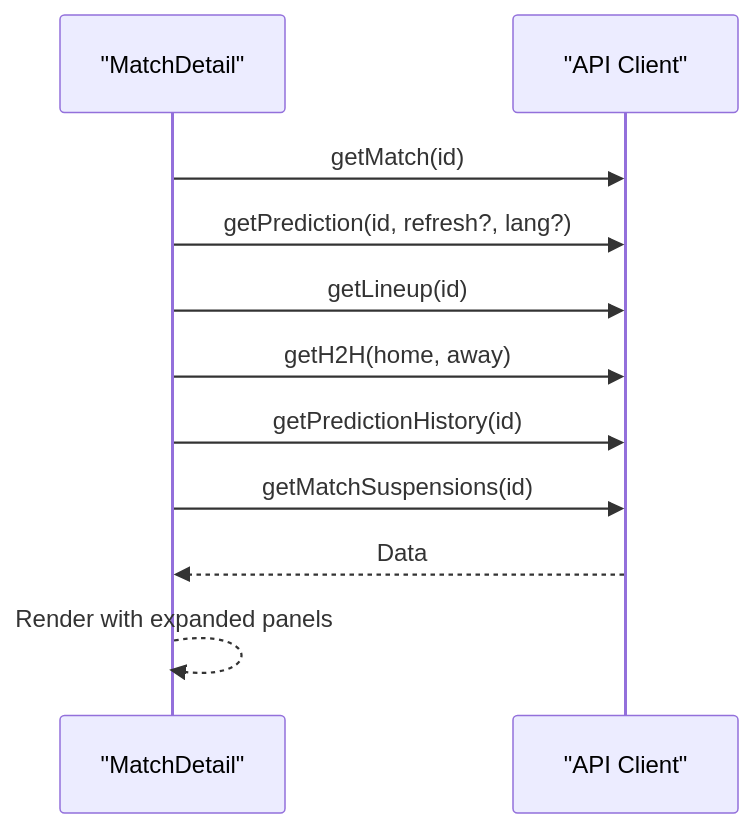
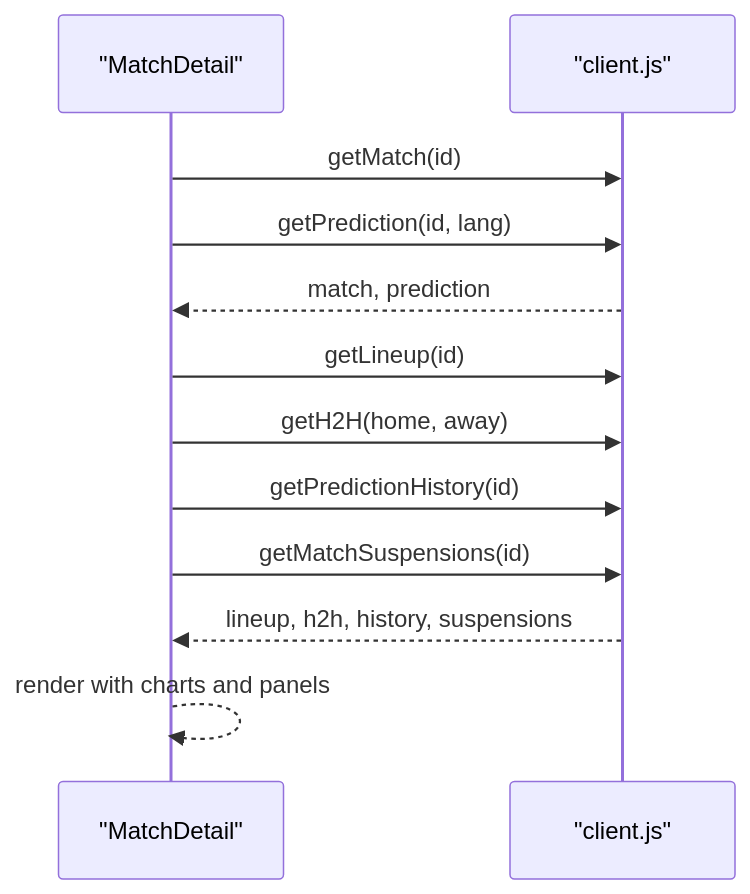
Before and after one commit to cheesiong/WC26-qwen: the fifth of 10 diagrams in .qoder/repowiki/en/content/Frontend Application/Page Components.md, drawn with Mermaid. The commit also changed other lines of this file and 181 other files, not shown here.

````diff
--- a/.qoder/repowiki/en/content/Frontend Application/Page Components.md
+++ b/.qoder/repowiki/en/content/Frontend Application/Page Components.md
@@ -241,13 +278,14 @@
 ```mermaid
 sequenceDiagram
 participant Page as "MatchDetail"
-participant API as "API Client"
+participant API as "client.js"
 Page->>API : getMatch(id)
-Page->>API : getPrediction(id, refresh?, lang?)
+Page->>API : getPrediction(id, lang)
+API-->>Page : match, prediction
 Page->>API : getLineup(id)
 Page->>API : getH2H(home, away)
 Page->>API : getPredictionHistory(id)
 Page->>API : getMatchSuspensions(id)
-API-->>Page : Data
-Page-->>Page : Render with expanded panels
+API-->>Page : lineup, h2h, history, suspensions
+Page-->>Page : render with charts and panels
 ```
````
